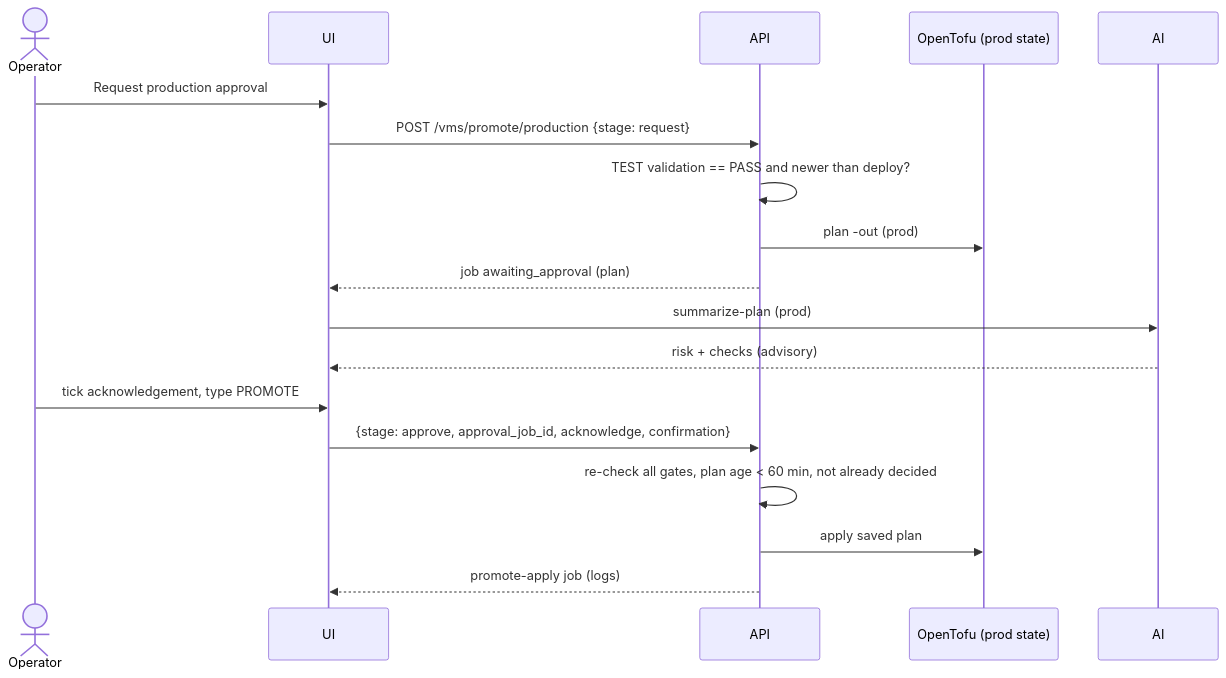
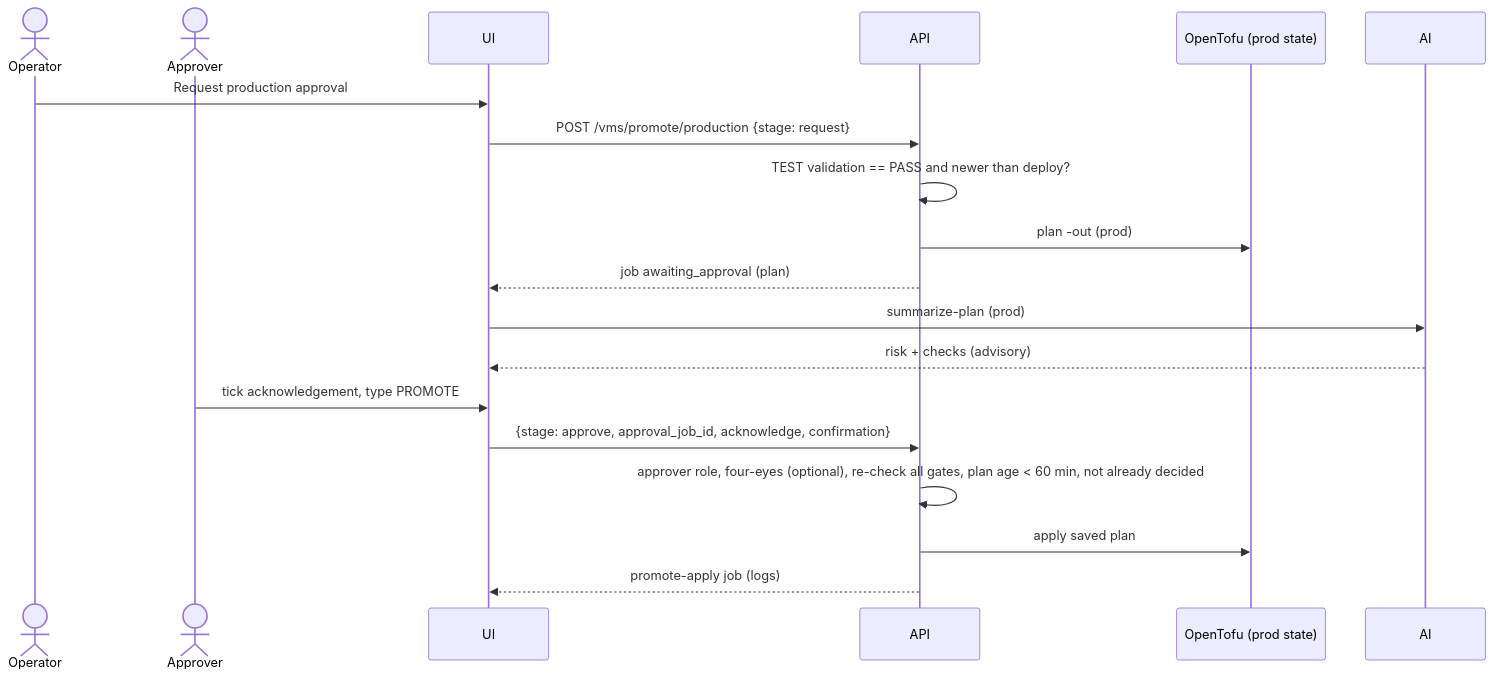
One commit to LetsManu/proxmox-ai-infra-demo changed the third of 3 diagrams in docs/architecture.md. Above: the diagram before and after it, drawn with Mermaid. The commit also changed other lines of this file and 4 other files, not shown here.

First line of the commit message:
docs: releases guide, sign-in and backup in the architecture

````diff
--- a/docs/architecture.md
+++ b/docs/architecture.md
@@ -90,20 +125,21 @@
 ```mermaid
 sequenceDiagram
     actor Op as Operator
+    actor Ap as Approver
     participant UI
     participant API
     participant Tofu as OpenTofu (prod state)
     participant AI
     Op->>UI: Request production approval
     UI->>API: POST /vms/promote/production {stage: request}
     API->>API: TEST validation == PASS and newer than deploy?
     API->>Tofu: plan -out (prod)
     API-->>UI: job awaiting_approval (plan)
     UI->>AI: summarize-plan (prod)
     AI-->>UI: risk + checks (advisory)
-    Op->>UI: tick acknowledgement, type PROMOTE
+    Ap->>UI: tick acknowledgement, type PROMOTE
     UI->>API: {stage: approve, approval_job_id, acknowledge, confirmation}
-    API->>API: re-check all gates, plan age < 60 min, not already decided
+    API->>API: approver role, four-eyes (optional), re-check all gates, plan age < 60 min, not already decided
     API->>Tofu: apply saved plan
     API-->>UI: promote-apply job (logs)
 ```
````
